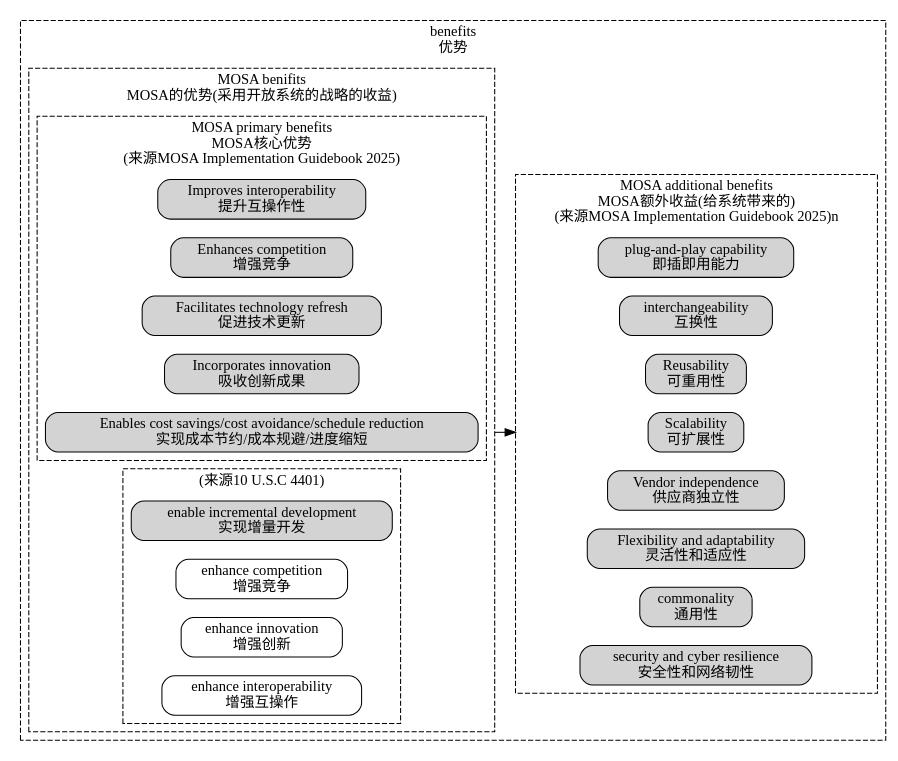
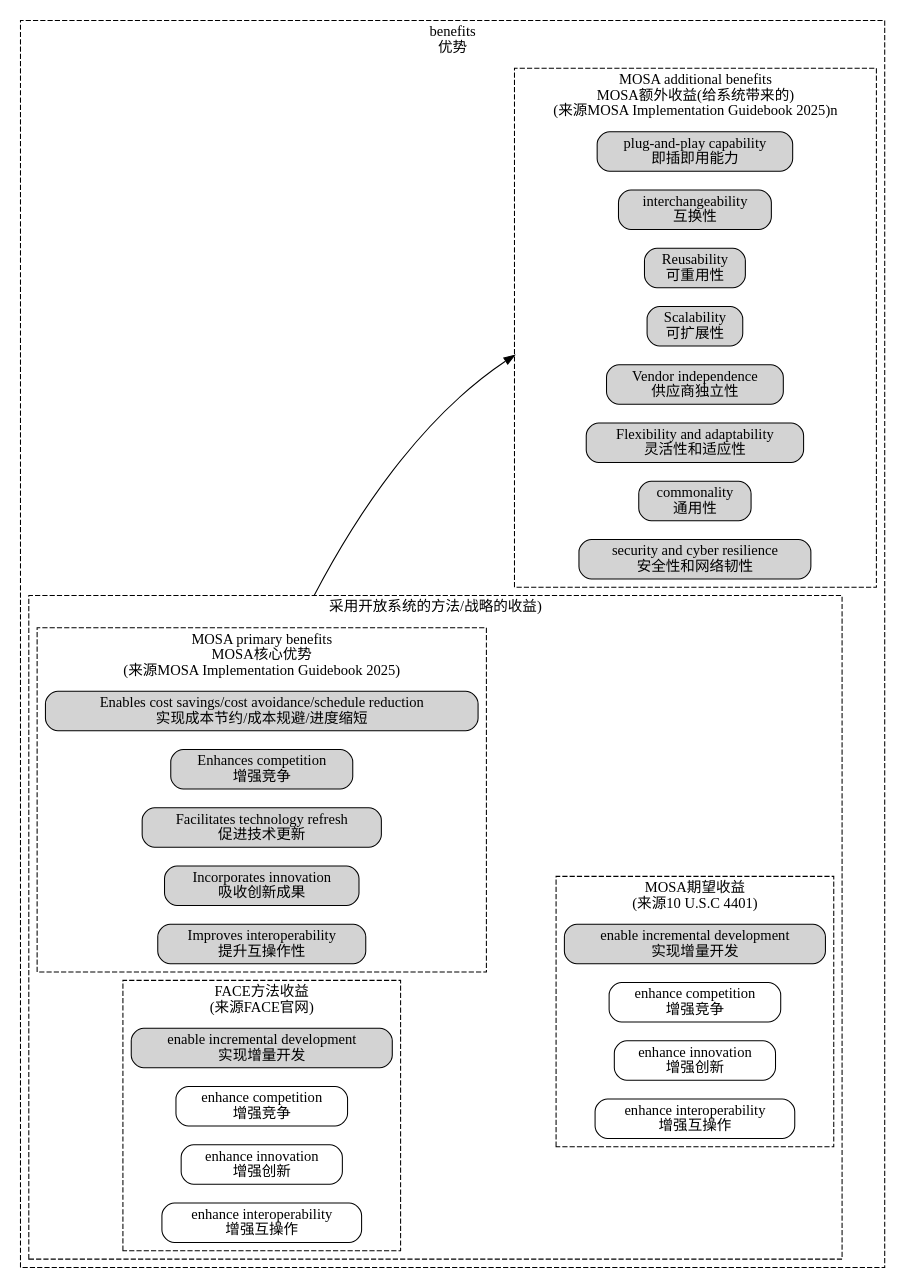
One commit to chaozhang2000/soa changed the diagram in parts/soa_feature_benifits.dot. Above: the diagram before and after it, drawn with Graphviz. The commit also changed 2 other files, not shown here.

```diff
--- a/parts/soa_feature_benifits.dot
+++ b/parts/soa_feature_benifits.dot
@@ -1,43 +1,52 @@
 digraph G {
   graph [rankdir=LR,compound=true];
   node [shape=box, style="rounded,filled"];
 subgraph cluster_MOSA_benefits{
 	label="benefits\n优势"
 	style = dashed;
 subgraph cluster_MOSA_benefits1{
-	label="MOSA benifits\nMOSA的优势(采用开放系统的战略的收益)"
+	label="采用开放系统的方法/战略的收益)"
 	style = dashed;
 	
 	subgraph cluster_MOSA_primary_benefits{
 	label="MOSA primary benefits\nMOSA核心优势\n(来源MOSA Implementation Guidebook 2025)"
 	style = dashed;
 	MOSA_Benefit1[label="Improves interoperability\n提升互操作性"]
 	MOSA_Benefit2[label="Enhances competition\n增强竞争"]
 	MOSA_Benefit3[label="Facilitates technology refresh\n促进技术更新"]
 	MOSA_Benefit4[label="Incorporates innovation\n吸收创新成果"]
 	MOSA_Benefit5[label="Enables cost savings/cost avoidance/schedule reduction\n实现成本节约/成本规避/进度缩短"]
 	}
 subgraph cluster_MOSA_benefits2{
-	label="(来源10 U.S.C 4401)"
+	label="MOSA期望收益\n(来源10 U.S.C 4401)"
 	style = dashed;
 	MOSA_Benefit14[label="enable incremental development\n实现增量开发"]
 	MOSA_Benefit15[label="enhance competition\n增强竞争",color=black,fillcolor=white]
 	MOSA_Benefit16[label="enhance innovation\n增强创新",color=black,fillcolor=white]
 	MOSA_Benefit17[label="enhance interoperability\n增强互操作",color=black,fillcolor=white]
+}
+subgraph cluster_FACE_benefits2{
+	label="FACE方法收益\n(来源FACE官网)"
+	style = dashed;
+	FACE_Benefit0[label="enable incremental development\n实现增量开发"]
+	FACE_Benefit1[label="enhance competition\n增强竞争",color=black,fillcolor=white]
+	FACE_Benefit2[label="enhance innovation\n增强创新",color=black,fillcolor=white]
+	FACE_Benefit3[label="enhance interoperability\n增强互操作",color=black,fillcolor=white]
 }
 }
 	subgraph cluster_MOSA_additional_benefits{
 	label="MOSA additional benefits\nMOSA额外收益(给系统带来的)\n(来源MOSA Implementation Guidebook 2025)n"
 	style = dashed;
 	MOSA_Benefit6[label="plug-and-play capability\n即插即用能力"]
 	MOSA_Benefit7[label="interchangeability\n互换性"]
 	MOSA_Benefit8[label="Reusability\n可重用性"]
 	MOSA_Benefit9[label="Scalability\n可扩展性"]
 	MOSA_Benefit10[label="Vendor independence\n供应商独立性"]
 	MOSA_Benefit11[label="Flexibility and adaptability\n灵活性和适应性"]
 	MOSA_Benefit12[label="commonality\n通用性"]
 	MOSA_Benefit13[label="security and cyber resilience\n安全性和网络韧性"]
 	}
 }
 MOSA_Benefit5->MOSA_Benefit9[lhead = "cluster_MOSA_additional_benefits",ltail = "cluster_MOSA_benefits1"]
+MOSA_Benefit1->MOSA_Benefit14[style=invis]
 }
```
